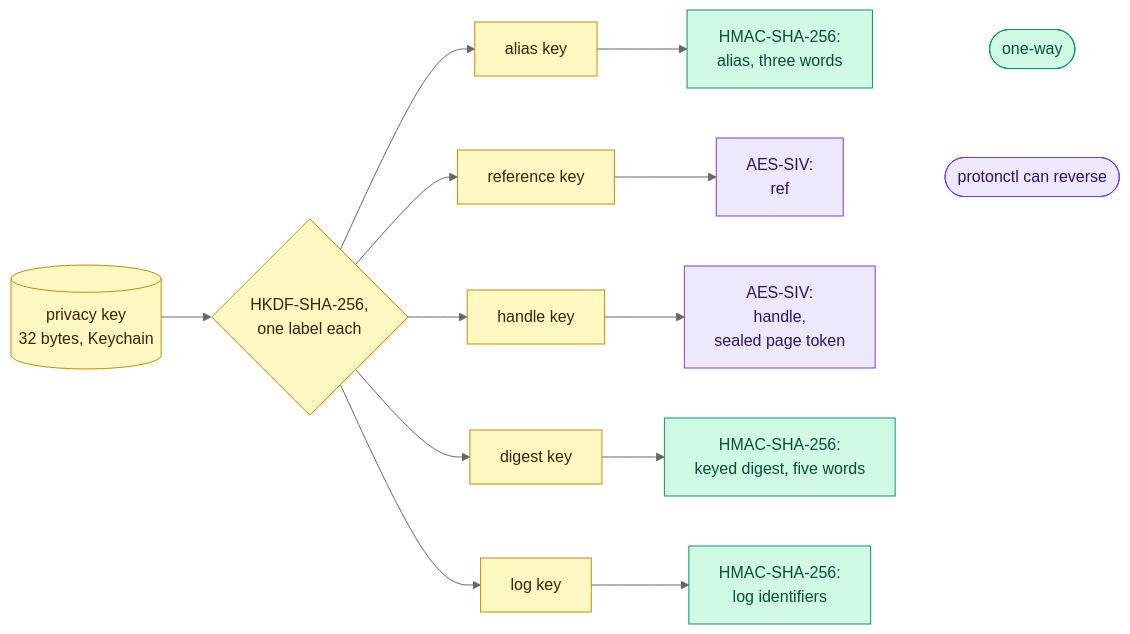
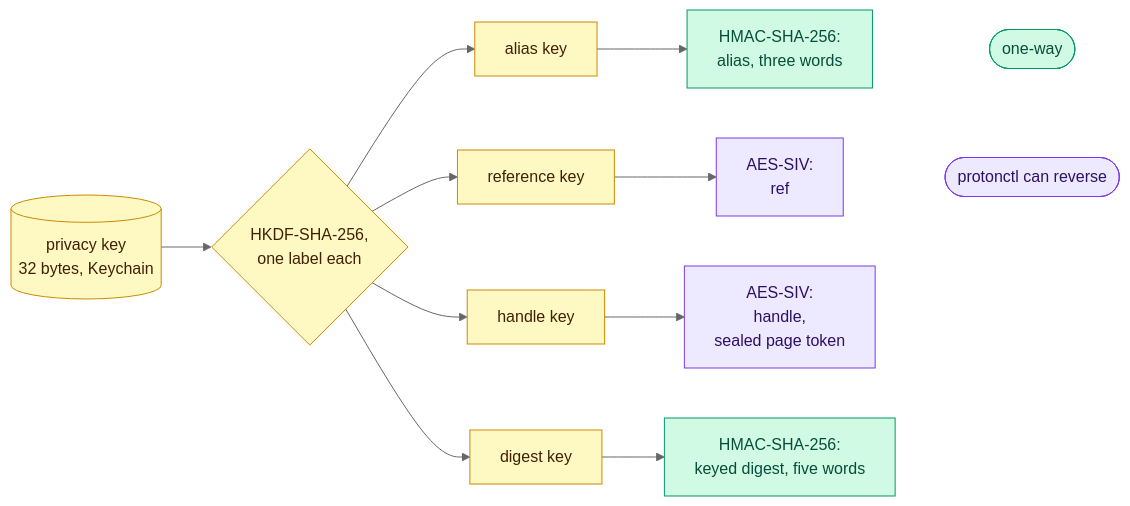
The second of 3 diagrams in docs/rfc-0001/06-privacy.md (matt-w-horn/protonctl), drawn with Mermaid (neutral theme) before and after one commit. The commit also changed other lines of this file and 60 other files, not shown here.

````diff
--- a/docs/rfc-0001/06-privacy.md
+++ b/docs/rfc-0001/06-privacy.md
@@ -156,18 +159,17 @@
 ```mermaid
 flowchart LR
     K[("privacy key<br/>32 bytes, Keychain")] --> H{"HKDF-SHA-256,<br/>one label each"}
     H --> KA["alias key"] --> A["HMAC-SHA-256:<br/>alias, three words"]
     H --> KR["reference key"] --> R["AES-SIV:<br/>ref"]
     H --> KH["handle key"] --> HD["AES-SIV:<br/>handle,<br/>sealed page token"]
     H --> KD["digest key"] --> D["HMAC-SHA-256:<br/>keyed digest, five words"]
-    H --> KL["log key"] --> L["HMAC-SHA-256:<br/>log identifiers"]
     A ~~~ N1(["one-way"])
     R ~~~ N2(["protonctl can reverse"])
 
     classDef key fill:#FEF9C3,stroke:#CA8A04,color:#422006
     classDef oneway fill:#D1FAE5,stroke:#059669,color:#064E3B
     classDef rev fill:#EDE9FE,stroke:#7C3AED,color:#2E1065
-    class K,H,KA,KR,KH,KD,KL key
-    class A,D,L,N1 oneway
+    class K,H,KA,KR,KH,KD key
+    class A,D,N1 oneway
     class R,HD,N2 rev
 ```
````
